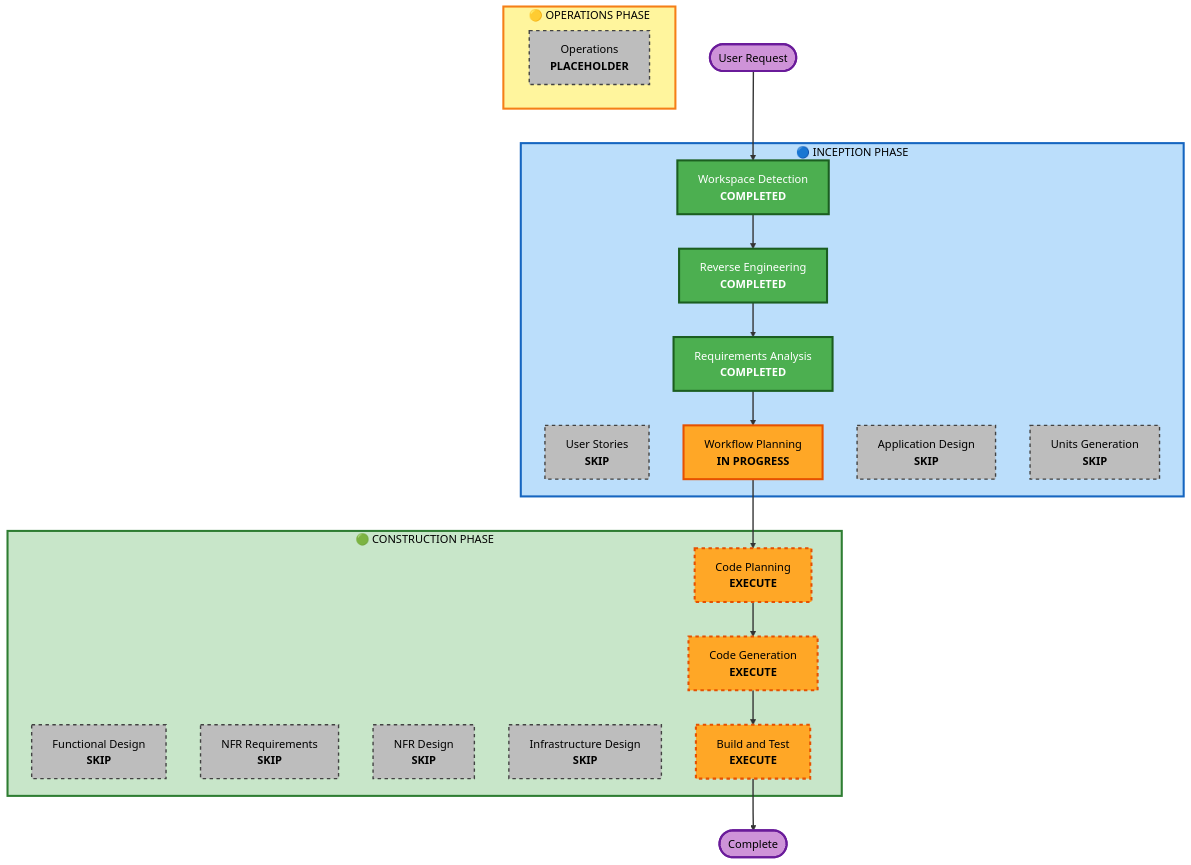
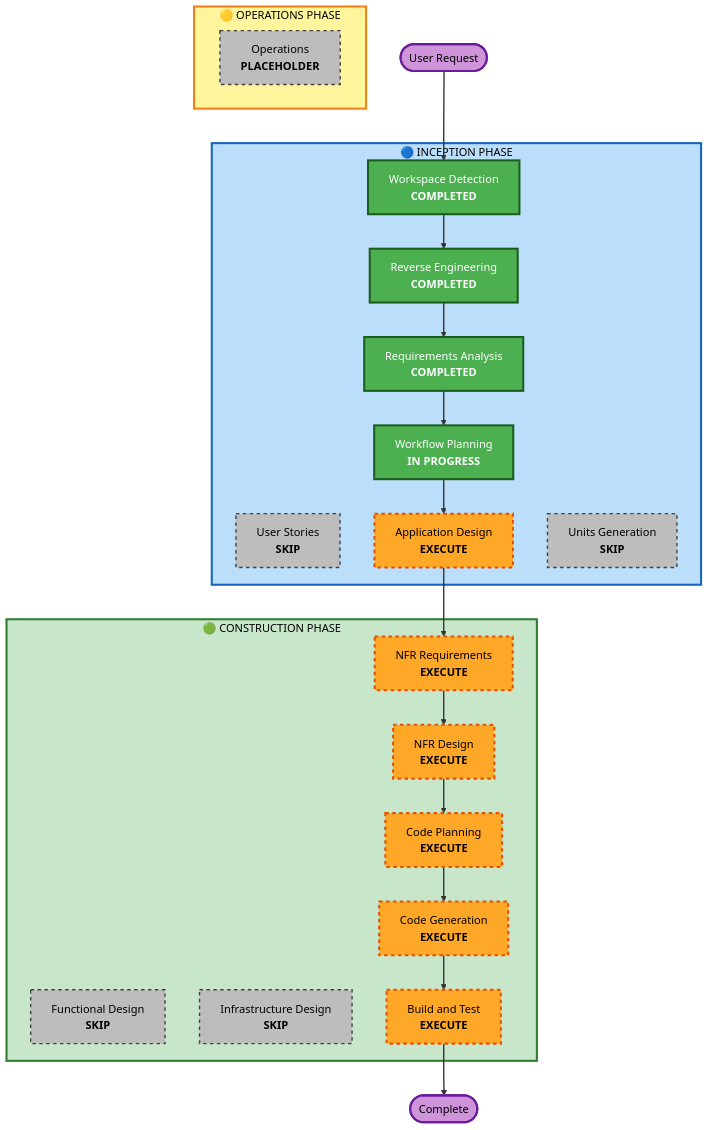
The diagram in aidlc-docs/inception/plans/execution-plan.md (jooncco/cash-log), drawn with Mermaid (forest theme) before and after one commit. The commit also changed other lines of this file and 80 other files, not shown here.

````diff
--- a/aidlc-docs/inception/plans/execution-plan.md
+++ b/aidlc-docs/inception/plans/execution-plan.md
@@ -33,60 +53,63 @@
 ```mermaid
 flowchart TD
     Start(["User Request"])
     
     subgraph INCEPTION["🔵 INCEPTION PHASE"]
         WD["Workspace Detection<br/><b>COMPLETED</b>"]
         RE["Reverse Engineering<br/><b>COMPLETED</b>"]
         RA["Requirements Analysis<br/><b>COMPLETED</b>"]
         US["User Stories<br/><b>SKIP</b>"]
         WP["Workflow Planning<br/><b>IN PROGRESS</b>"]
-        AD["Application Design<br/><b>SKIP</b>"]
+        AD["Application Design<br/><b>EXECUTE</b>"]
         UG["Units Generation<br/><b>SKIP</b>"]
     end
     
     subgraph CONSTRUCTION["🟢 CONSTRUCTION PHASE"]
         FD["Functional Design<br/><b>SKIP</b>"]
-        NFRA["NFR Requirements<br/><b>SKIP</b>"]
-        NFRD["NFR Design<br/><b>SKIP</b>"]
+        NFRA["NFR Requirements<br/><b>EXECUTE</b>"]
+        NFRD["NFR Design<br/><b>EXECUTE</b>"]
         ID["Infrastructure Design<br/><b>SKIP</b>"]
         CP["Code Planning<br/><b>EXECUTE</b>"]
         CG["Code Generation<br/><b>EXECUTE</b>"]
         BT["Build and Test<br/><b>EXECUTE</b>"]
     end
     
     subgraph OPERATIONS["🟡 OPERATIONS PHASE"]
         OPS["Operations<br/><b>PLACEHOLDER</b>"]
     end
     
     Start --> WD
     WD --> RE
     RE --> RA
     RA --> WP
-    WP --> CP
+    WP --> AD
+    AD --> NFRA
+    NFRA --> NFRD
+    NFRD --> CP
     CP --> CG
     CG --> BT
     BT --> End(["Complete"])
     
     style WD fill:#4CAF50,stroke:#1B5E20,stroke-width:3px,color:#fff
     style RE fill:#4CAF50,stroke:#1B5E20,stroke-width:3px,color:#fff
     style RA fill:#4CAF50,stroke:#1B5E20,stroke-width:3px,color:#fff
-    style WP fill:#FFA726,stroke:#E65100,stroke-width:3px,color:#000
+    style WP fill:#4CAF50,stroke:#1B5E20,stroke-width:3px,color:#fff
+    style AD fill:#FFA726,stroke:#E65100,stroke-width:3px,stroke-dasharray: 5 5,color:#000
+    style NFRA fill:#FFA726,stroke:#E65100,stroke-width:3px,stroke-dasharray: 5 5,color:#000
+    style NFRD fill:#FFA726,stroke:#E65100,stroke-width:3px,stroke-dasharray: 5 5,color:#000
     style CP fill:#FFA726,stroke:#E65100,stroke-width:3px,stroke-dasharray: 5 5,color:#000
     style CG fill:#FFA726,stroke:#E65100,stroke-width:3px,stroke-dasharray: 5 5,color:#000
     style BT fill:#FFA726,stroke:#E65100,stroke-width:3px,stroke-dasharray: 5 5,color:#000
     style US fill:#BDBDBD,stroke:#424242,stroke-width:2px,stroke-dasharray: 5 5,color:#000
-    style AD fill:#BDBDBD,stroke:#424242,stroke-width:2px,stroke-dasharray: 5 5,color:#000
     style UG fill:#BDBDBD,stroke:#424242,stroke-width:2px,stroke-dasharray: 5 5,color:#000
     style FD fill:#BDBDBD,stroke:#424242,stroke-width:2px,stroke-dasharray: 5 5,color:#000
-    style NFRA fill:#BDBDBD,stroke:#424242,stroke-width:2px,stroke-dasharray: 5 5,color:#000
-    style NFRD fill:#BDBDBD,stroke:#424242,stroke-width:2px,stroke-dasharray: 5 5,color:#000
     style ID fill:#BDBDBD,stroke:#424242,stroke-width:2px,stroke-dasharray: 5 5,color:#000
     style OPS fill:#BDBDBD,stroke:#424242,stroke-width:2px,stroke-dasharray: 5 5,color:#000
+    style Start fill:#CE93D8,stroke:#6A1B9A,stroke-width:3px,color:#000
+    style End fill:#CE93D8,stroke:#6A1B9A,stroke-width:3px,color:#000
     style INCEPTION fill:#BBDEFB,stroke:#1565C0,stroke-width:3px,color:#000
     style CONSTRUCTION fill:#C8E6C9,stroke:#2E7D32,stroke-width:3px,color:#000
     style OPERATIONS fill:#FFF59D,stroke:#F57F17,stroke-width:3px,color:#000
-    style Start fill:#CE93D8,stroke:#6A1B9A,stroke-width:3px,color:#000
-    style End fill:#CE93D8,stroke:#6A1B9A,stroke-width:3px,color:#000
     
     linkStyle default stroke:#333,stroke-width:2px
 ```
````
